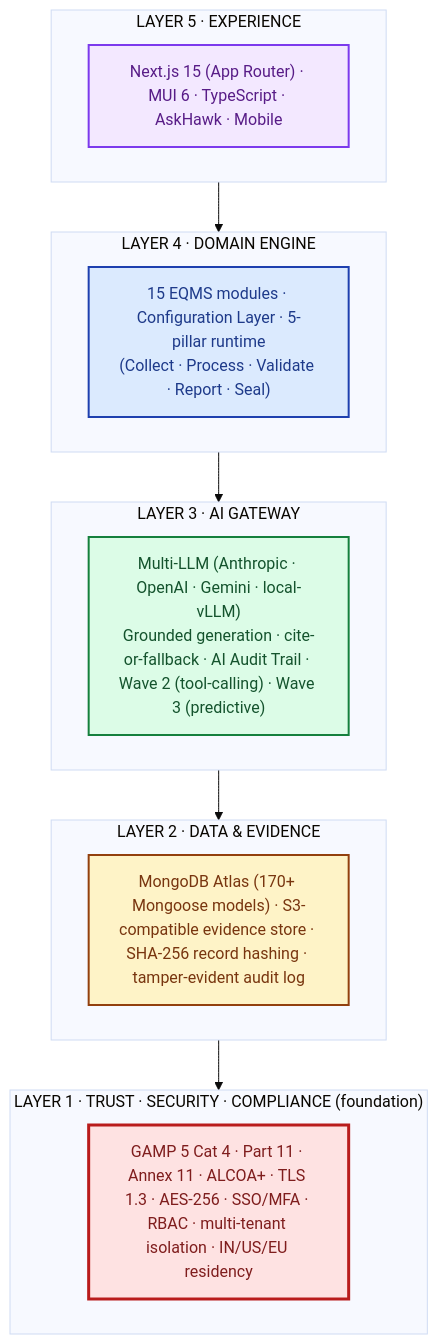
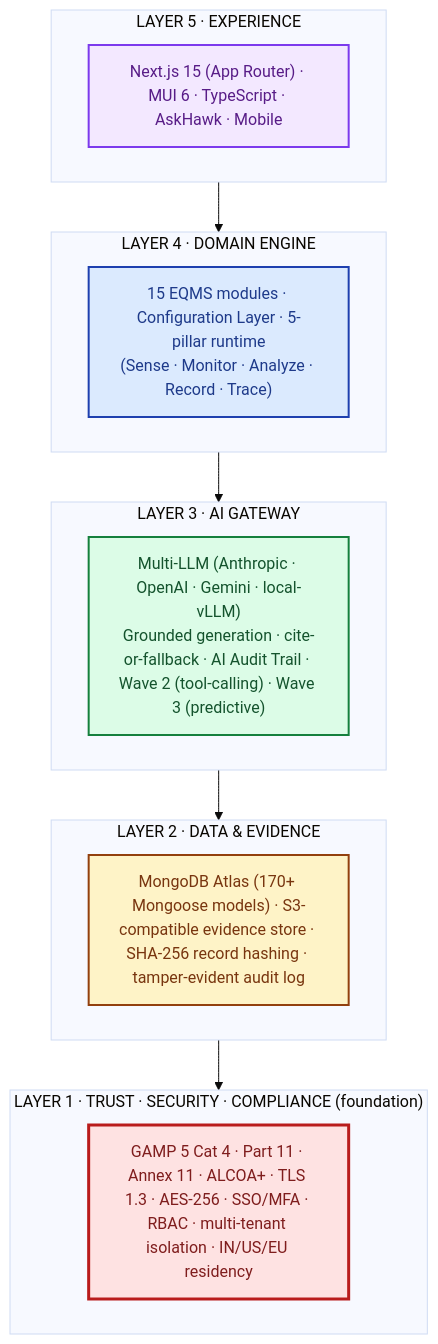
One commit to hawkeyetransact-dotcom/doc_v2 changed the first of 6 diagrams in 04-engineering/01-architecture/ARCHITECTURE.md. Above: the diagram before and after it, drawn with Mermaid (base theme). The commit also changed 25 other files, not shown here.

First line of the commit message:
Finalize S.M.A.R.T. pillars: Sense, Monitor, Analyze, Record, Trace

````diff
--- a/04-engineering/01-architecture/ARCHITECTURE.md
+++ b/04-engineering/01-architecture/ARCHITECTURE.md
@@ -16,26 +16,26 @@
 ```mermaid
 flowchart TB
     classDef l5 fill:#F3E8FF,stroke:#7C3AED,color:#581C87,stroke-width:2px
     classDef l4 fill:#DBEAFE,stroke:#1E40AF,color:#1E3A8A,stroke-width:2px
     classDef l3 fill:#DCFCE7,stroke:#15803D,color:#14532D,stroke-width:2px
     classDef l2 fill:#FEF3C7,stroke:#92400E,color:#78350F,stroke-width:2px
     classDef l1 fill:#FEE2E2,stroke:#B91C1C,color:#7F1D1D,stroke-width:3px
 
     subgraph L5["LAYER 5 · EXPERIENCE"]
         E["Next.js 15 (App Router) · MUI 6 · TypeScript · AskHawk · Mobile"]:::l5
     end
     subgraph L4["LAYER 4 · DOMAIN ENGINE"]
-        D["15 EQMS modules · Configuration Layer · 5-pillar runtime<br/>(Collect · Process · Validate · Report · Seal)"]:::l4
+        D["15 EQMS modules · Configuration Layer · 5-pillar runtime<br/>(Sense · Monitor · Analyze · Record · Trace)"]:::l4
     end
     subgraph L3["LAYER 3 · AI GATEWAY"]
         AI["Multi-LLM (Anthropic · OpenAI · Gemini · local-vLLM)<br/>Grounded generation · cite-or-fallback · AI Audit Trail · Wave 2 (tool-calling) · Wave 3 (predictive)"]:::l3
     end
     subgraph L2["LAYER 2 · DATA & EVIDENCE"]
         DA["MongoDB Atlas (170+ Mongoose models) · S3-compatible evidence store · SHA-256 record hashing · tamper-evident audit log"]:::l2
     end
     subgraph L1["LAYER 1 · TRUST · SECURITY · COMPLIANCE  (foundation)"]
         T["GAMP 5 Cat 4 · Part 11 · Annex 11 · ALCOA+ · TLS 1.3 · AES-256 · SSO/MFA · RBAC · multi-tenant isolation · IN/US/EU residency"]:::l1
     end
 
     L5 --> L4 --> L3 --> L2 --> L1
 ```
````
